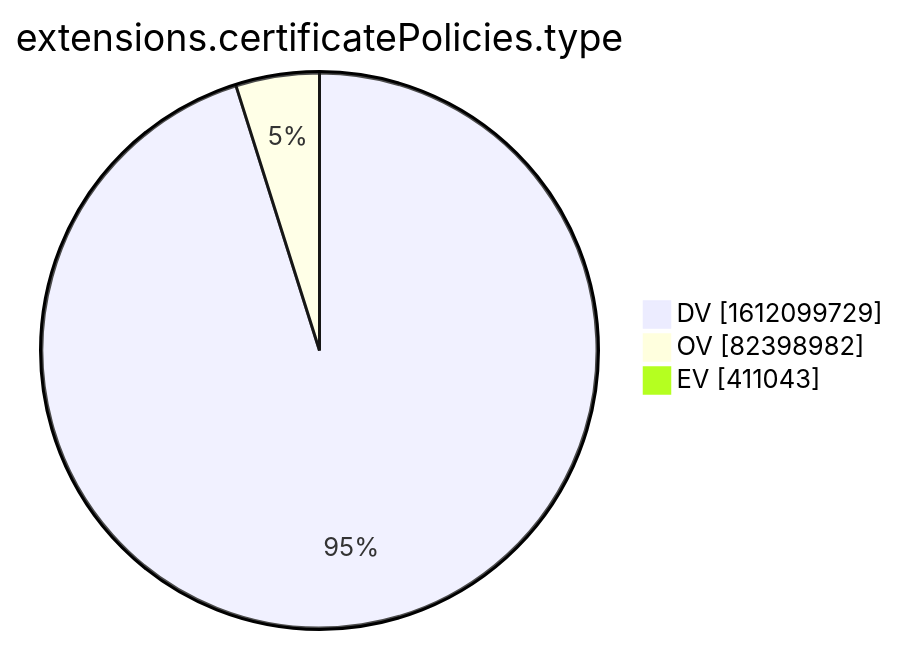
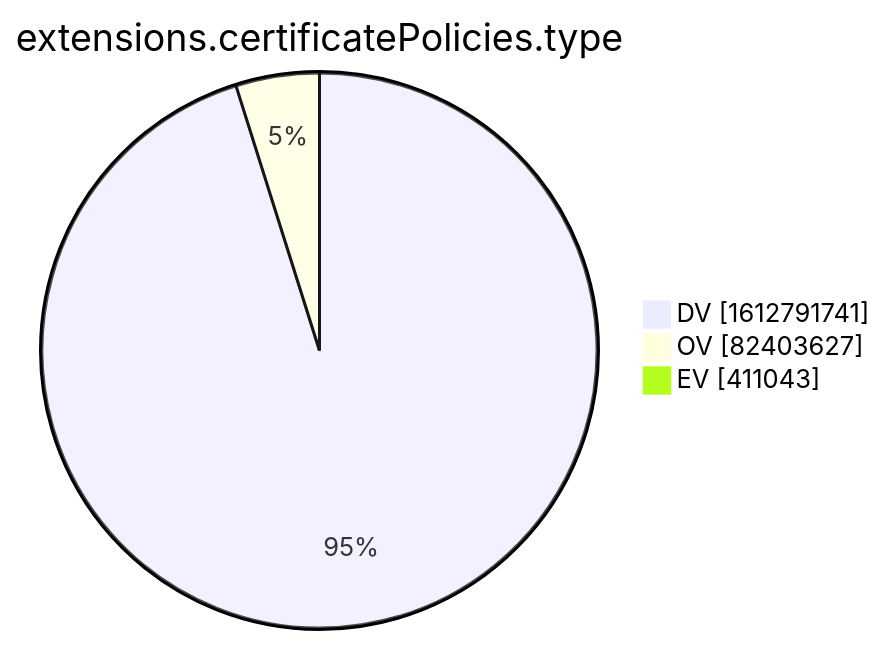
Before and after one commit to christiankrug/ctmonitor_visualization: the tenth of 15 diagrams in xenon2022/README.md, drawn with Mermaid. The commit also changed other lines of this file, not shown here.

````diff
--- a/xenon2022/README.md
+++ b/xenon2022/README.md
@@ -2878,7 +2878,7 @@
 ```mermaid
 pie showData
 title extensions.certificatePolicies.type
-"DV" :1612099729
-"OV" :82398982
+"DV" :1612791741
+"OV" :82403627
 "EV" :411043
 ```
````
